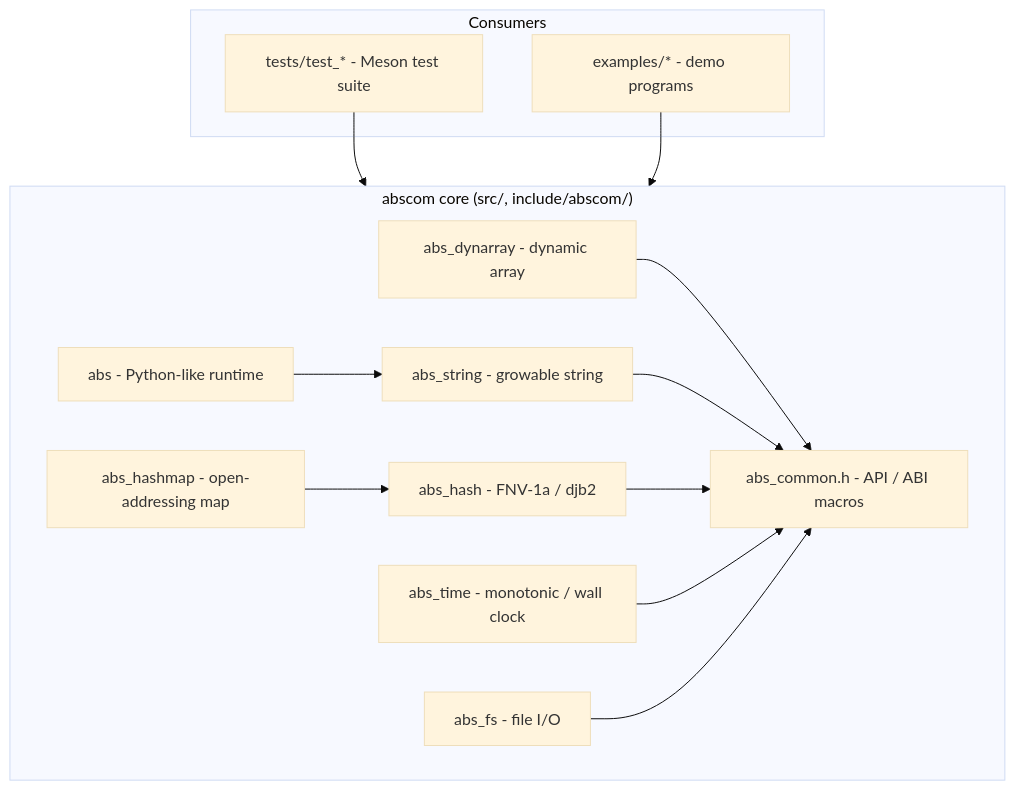
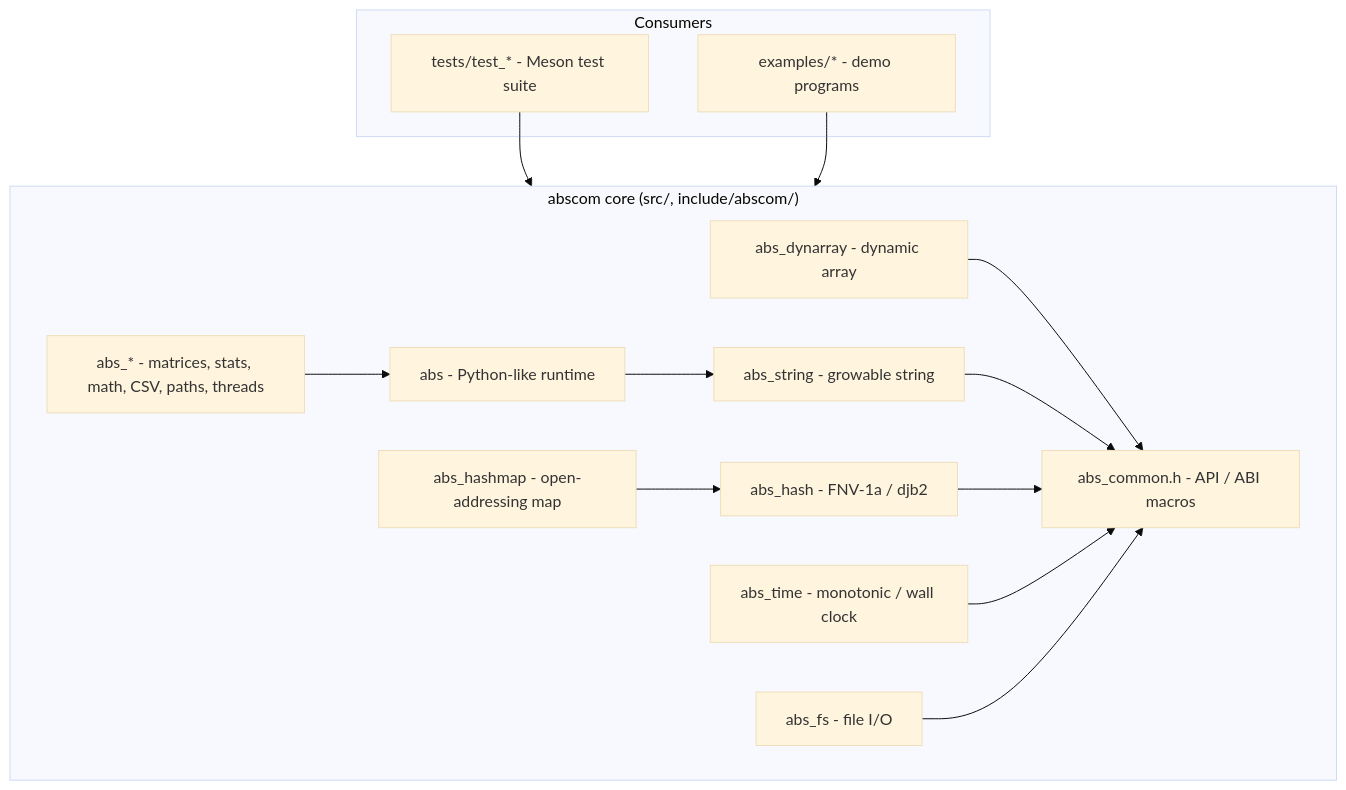
The diagram in README.md (rkriad585/Abscom), drawn with Mermaid (base theme) before and after one commit. The commit also changed other lines of this file and 21 other files, not shown here.

Commit message:
Add Scientific layer: matrices, stats, math, CSV, paths, threads

````diff
--- a/README.md
+++ b/README.md
@@ -299,28 +327,30 @@
 ```mermaid
 graph TD
     subgraph core["abscom core (src/, include/abscom/)"]
         common[abs_common.h - API / ABI macros]
         dyn[abs_dynarray - dynamic array]
         str[abs_string - growable string]
         hash[abs_hash - FNV-1a / djb2]
         map[abs_hashmap - open-addressing map]
         time[abs_time - monotonic / wall clock]
         fs[abs_fs - file I/O]
         rt[abs - Python-like runtime]
+        sci[abs_* - matrices, stats, math, CSV, paths, threads]
     end
 
     subgraph users["Consumers"]
         tests[tests/test_* - Meson test suite]
         examples[examples/* - demo programs]
     end
 
     dyn --> common
     str --> common
     hash --> common
     map --> hash
     time --> common
     fs --> common
     rt --> str
+    sci --> rt
     tests --> core
     examples --> core
 ```
````
